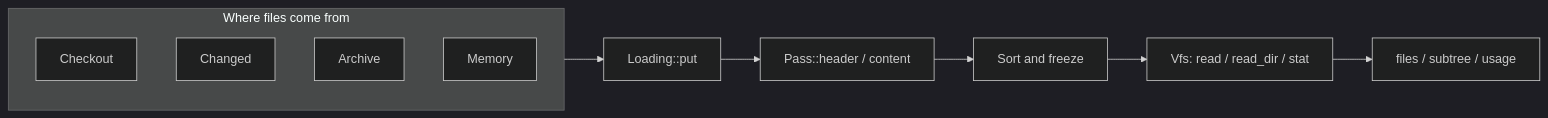
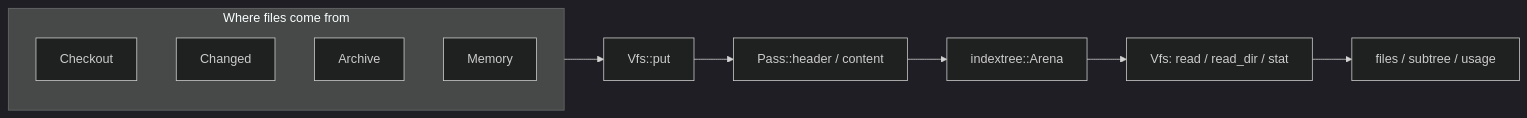
One commit to gitlabhq/orbit-knowledge-graph changed the diagram in crates/utils/src/vfs/README.md. Above: the diagram before and after it, drawn with Mermaid (dark theme). The commit also changed other lines of this file and 36 other files, not shown here.

Commit message:
refactor(utils): checkpoint arena-backed Vfs experiment

````diff
--- a/crates/utils/src/vfs/README.md
+++ b/crates/utils/src/vfs/README.md
@@ -6,14 +6,14 @@
 ```mermaid
 flowchart LR
     subgraph sources["Where files come from"]
         checkout[Checkout]
         changed[Changed]
         archive[Archive]
         memory[Memory]
     end
-    sources --> loading["Loading::put"]
+    sources --> loading["Vfs::put"]
     loading --> policy["Pass::header / content"]
-    policy --> freeze["Sort and freeze"]
-    freeze --> store["Vfs: read / read_dir / stat"]
+    policy --> tree["indextree::Arena"]
+    tree --> store["Vfs: read / read_dir / stat"]
     store --> inventory["files / subtree / usage"]
 ```
````
